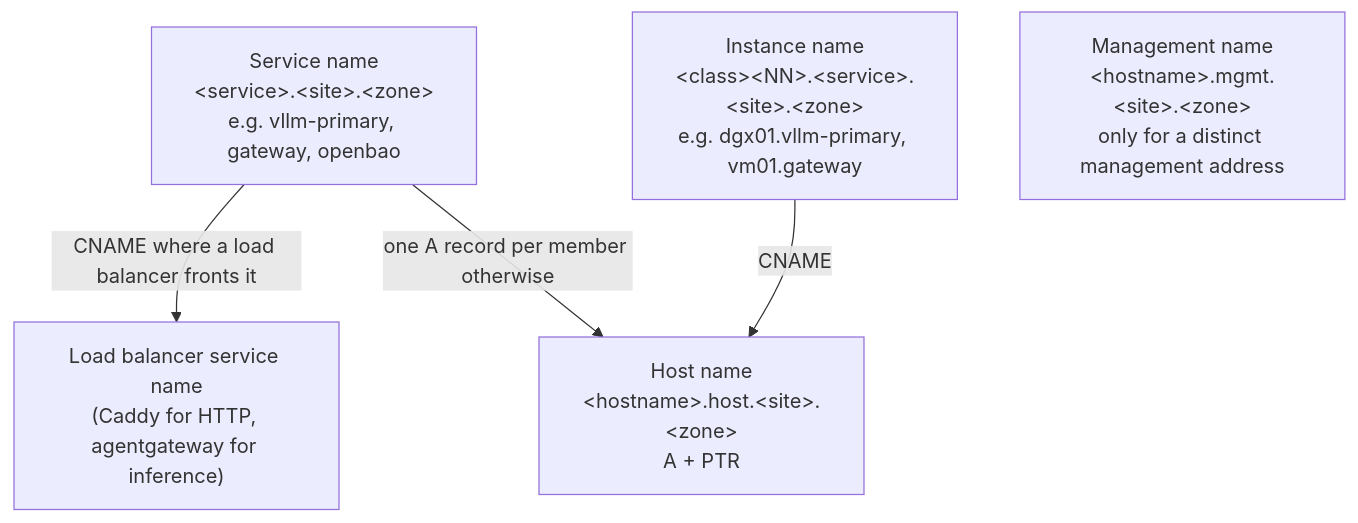
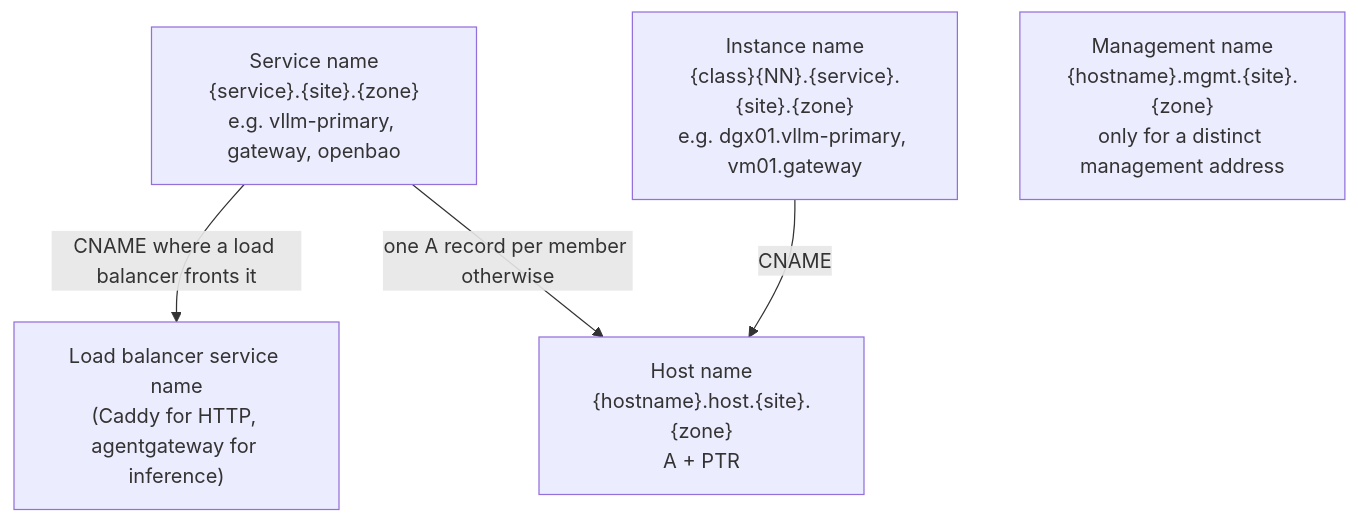
Before and after one commit to uhstray-io/agent-cloud: the eighth of 14 diagrams in plan/architecture/network-architecture.md, drawn with Mermaid. The commit also changed other lines of this file and 1 other file, not shown here.

First line of the commit message:
docs(architecture): fix diagram placeholders and wide layouts

````diff
--- a/plan/architecture/network-architecture.md
+++ b/plan/architecture/network-architecture.md
@@ -382,11 +383,11 @@
 ```mermaid
 flowchart TD
-    SERVICE["Service name<br/>&lt;service&gt;.&lt;site&gt;.&lt;zone&gt;<br/>e.g. vllm-primary, gateway, openbao"]
-    INSTANCE["Instance name<br/>&lt;class&gt;&lt;NN&gt;.&lt;service&gt;.&lt;site&gt;.&lt;zone&gt;<br/>e.g. dgx01.vllm-primary, vm01.gateway"]
-    HOST["Host name<br/>&lt;hostname&gt;.host.&lt;site&gt;.&lt;zone&gt;<br/>A + PTR"]
-    MGMT["Management name<br/>&lt;hostname&gt;.mgmt.&lt;site&gt;.&lt;zone&gt;<br/>only for a distinct management address"]
+    SERVICE["Service name<br/>{service}.{site}.{zone}<br/>e.g. vllm-primary, gateway, openbao"]
+    INSTANCE["Instance name<br/>{class}{NN}.{service}.{site}.{zone}<br/>e.g. dgx01.vllm-primary, vm01.gateway"]
+    HOST["Host name<br/>{hostname}.host.{site}.{zone}<br/>A + PTR"]
+    MGMT["Management name<br/>{hostname}.mgmt.{site}.{zone}<br/>only for a distinct management address"]
     LB["Load balancer service name<br/>(Caddy for HTTP, agentgateway for inference)"]
     SERVICE -->|"CNAME where a load balancer fronts it"| LB
     SERVICE -->|"one A record per member otherwise"| HOST
     INSTANCE -->|"CNAME"| HOST
 ```
````
